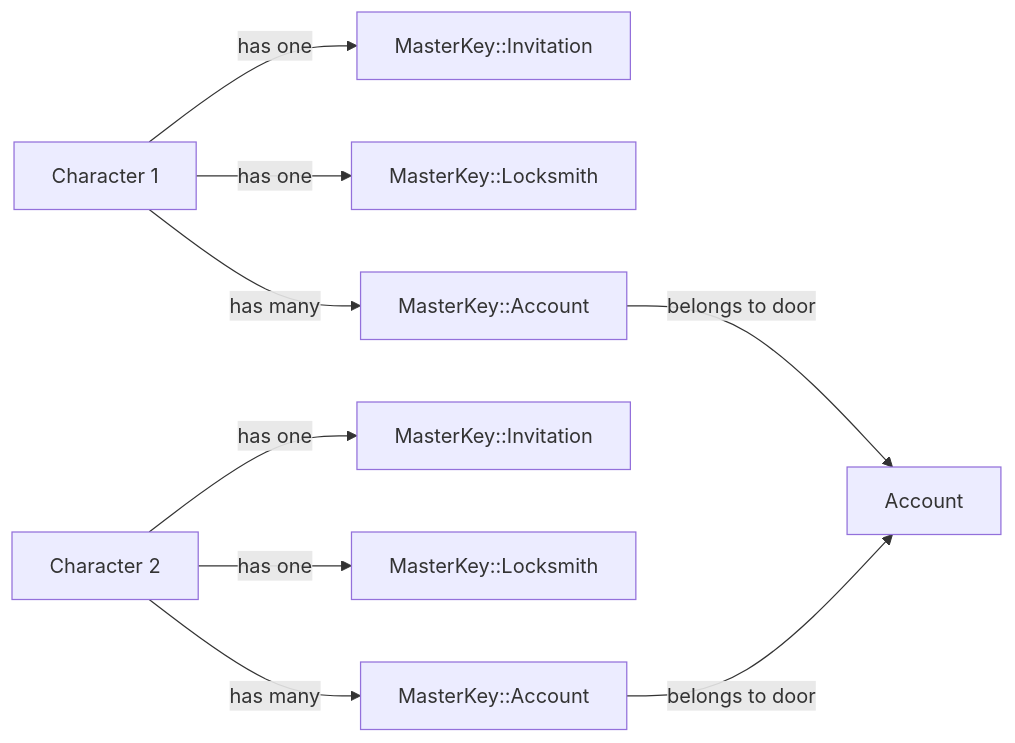
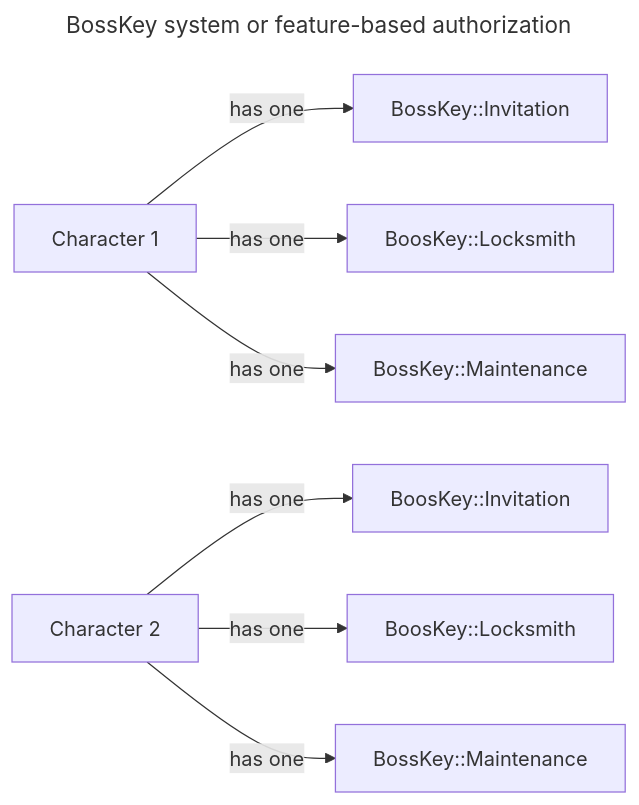
One commit to NordGus/drgn changed the first of 2 diagrams in docs/authorization/data_model.md. Above: the diagram before and after it, drawn with Mermaid. The commit also changed other lines of this file and 2 other files, not shown here.

````diff
--- a/docs/authorization/data_model.md
+++ b/docs/authorization/data_model.md
@@ -27,12 +30,12 @@
 ```mermaid
+---
+title: BossKey system or feature-based authorization
+---
 flowchart LR
-    CH1["Character 1"] --has one--> KEY1["MasterKey::Invitation"]
-    CH2["Character 2"] --has one--> KEY2["MasterKey::Invitation"]
-    CH1 --has one--> KEY3["MasterKey::Locksmith"]
-    CH2 --has one--> KEY4["MasterKey::Locksmith"]
-    CH1 --has many--> KEY5["MasterKey::Account"]
-    CH2 --has many--> KEY6["MasterKey::Account"]
-    KEY5 --belongs to door--> DOOR1["Account"]
-    KEY6 --belongs to door--> DOOR1
-    
+    CH1["Character 1"] --has one--> KEY1["BossKey::Invitation"]
+    CH2["Character 2"] --has one--> KEY2["BoosKey::Invitation"]
+    CH1 --has one--> KEY3["BoosKey::Locksmith"]
+    CH2 --has one--> KEY4["BoosKey::Locksmith"]
+    CH1 --has one--> KEY5["BossKey::Maintenance"]
+    CH2 --has one--> KEY6["BossKey::Maintenance"]
 ```
````
